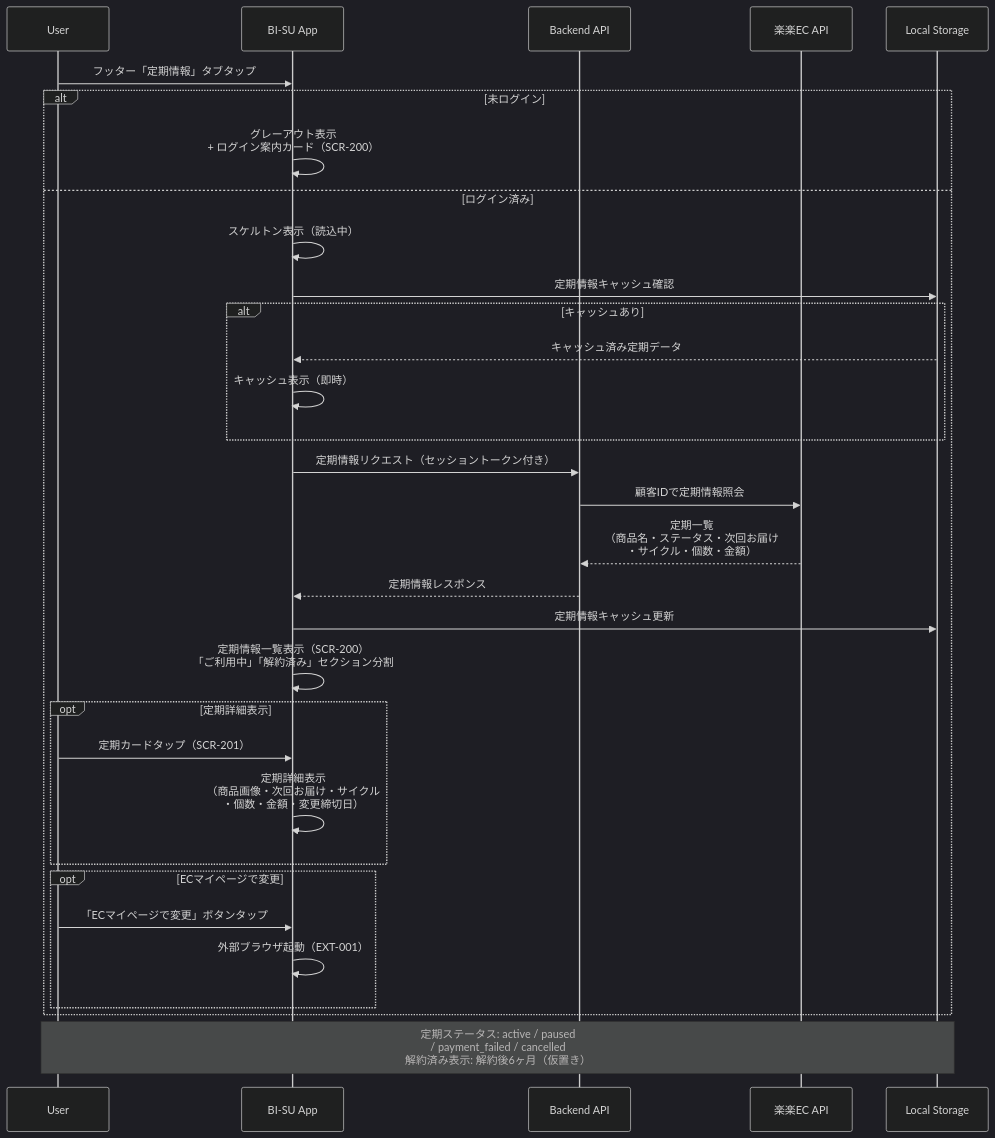
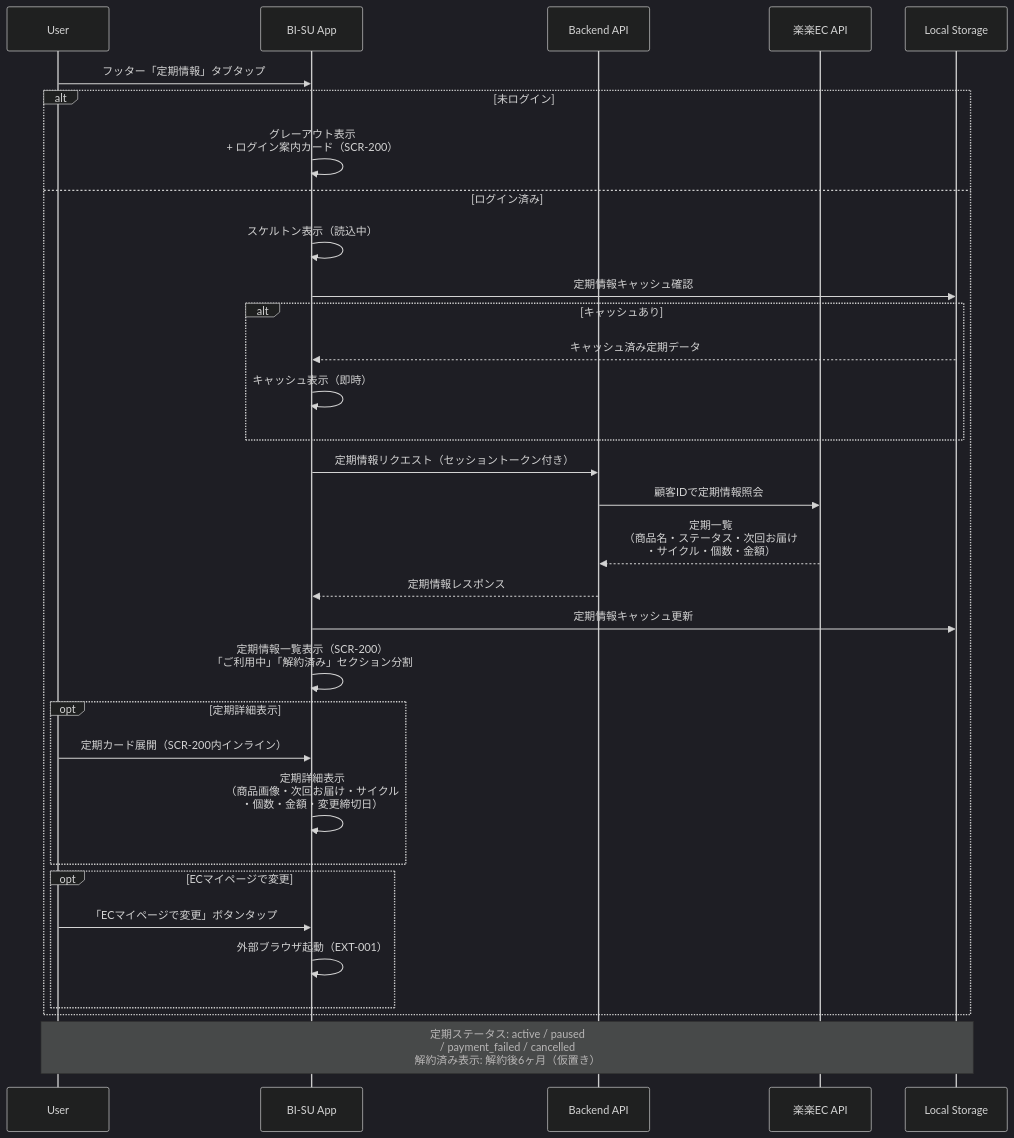
One commit to YukaHasebe/bi-su-app changed the tenth of 24 diagrams in docs/05_シーケンス図.md. Above: the diagram before and after it, drawn with Mermaid (dark theme). The commit also changed other lines of this file and 6 other files, not shown here.

````diff
--- a/docs/05_シーケンス図.md
+++ b/docs/05_シーケンス図.md
@@ -282,40 +282,40 @@
 ```mermaid
 sequenceDiagram
     participant U as User
     participant App as BI-SU App
     participant API as Backend API
     participant REC as 楽楽EC API
     participant LS as Local Storage
 
     U->>App: フッター「定期情報」タブタップ
 
     alt 未ログイン
         App->>App: グレーアウト表示<br/>+ ログイン案内カード（SCR-200）
     else ログイン済み
         App->>App: スケルトン表示（読込中）
         App->>LS: 定期情報キャッシュ確認
         alt キャッシュあり
             LS-->>App: キャッシュ済み定期データ
             App->>App: キャッシュ表示（即時）
         end
 
         App->>API: 定期情報リクエスト（セッショントークン付き）
         API->>REC: 顧客IDで定期情報照会
         REC-->>API: 定期一覧<br/>（商品名・ステータス・次回お届け<br/>・サイクル・個数・金額）
         API-->>App: 定期情報レスポンス
         App->>LS: 定期情報キャッシュ更新
         App->>App: 定期情報一覧表示（SCR-200）<br/>「ご利用中」「解約済み」セクション分割
 
         opt 定期詳細表示
-            U->>App: 定期カードタップ（SCR-201）
+            U->>App: 定期カード展開（SCR-200内インライン）
             App->>App: 定期詳細表示<br/>（商品画像・次回お届け・サイクル<br/>・個数・金額・変更締切日）
         end
 
         opt ECマイページで変更
             U->>App: 「ECマイページで変更」ボタンタップ
             App->>App: 外部ブラウザ起動（EXT-001）
         end
     end
 
     Note over U,LS: 定期ステータス: active / paused<br/>/ payment_failed / cancelled<br/>解約済み表示: 解約後6ヶ月（仮置き）
 ```
````
